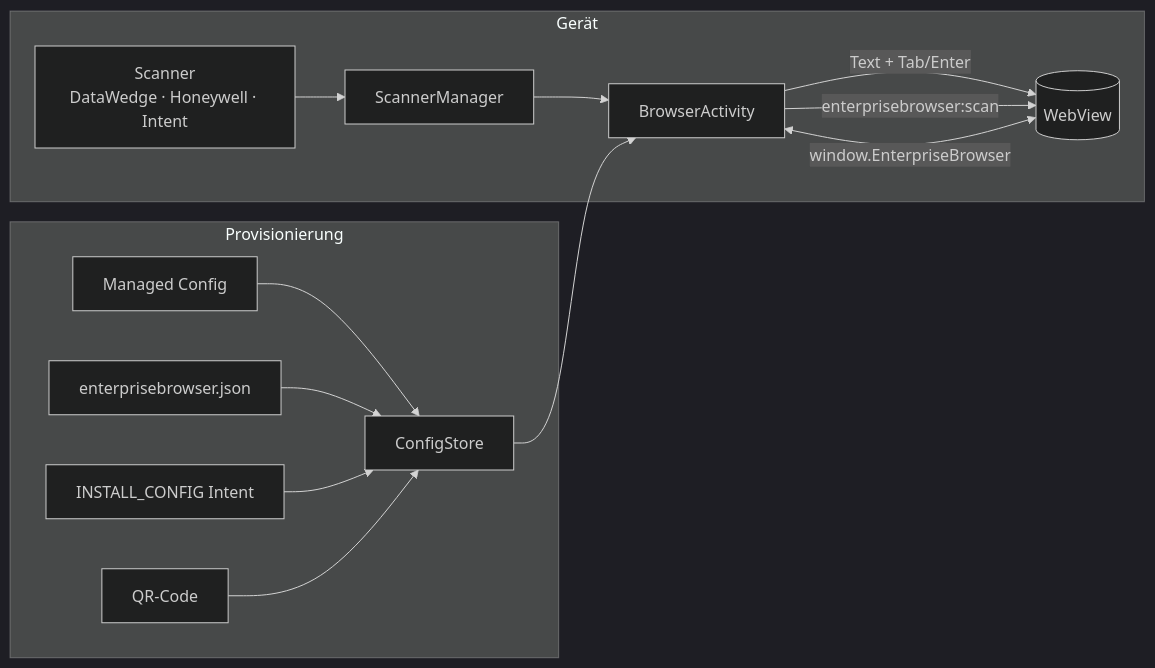
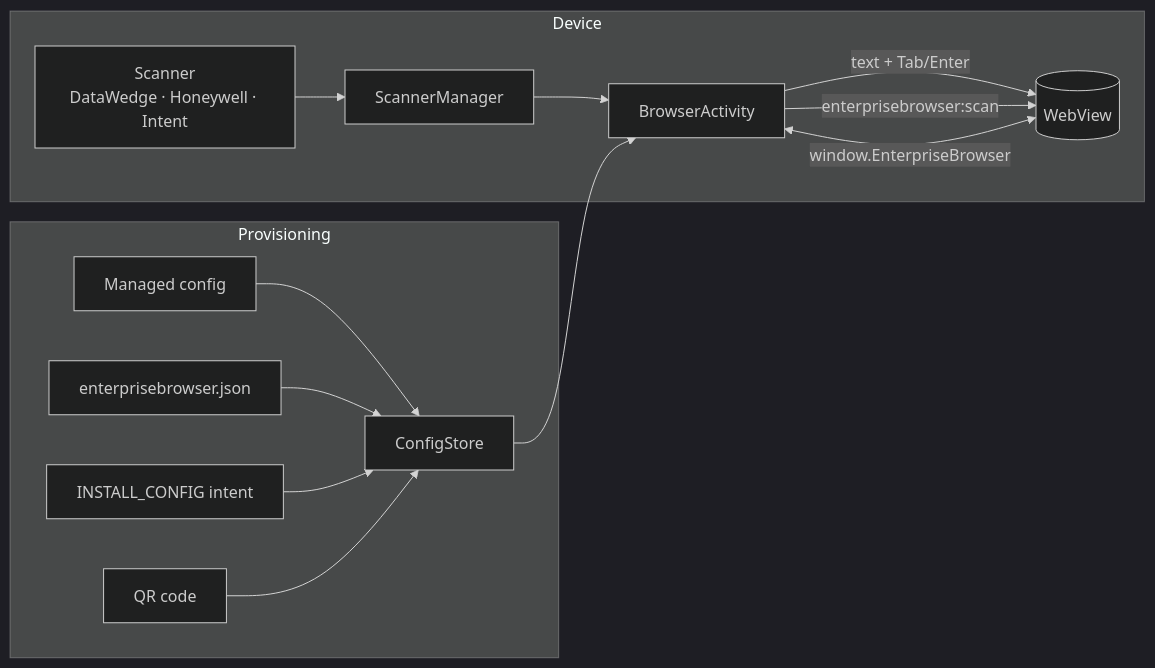
The diagram in README.md (ict-baden/industrialkioskbrowser), drawn with Mermaid (dark theme) before and after one commit. The commit also changed other lines of this file and 43 other files, not shown here.

````diff
--- a/README.md
+++ b/README.md
@@ -140,17 +139,17 @@
 ```mermaid
 flowchart LR
-  subgraph Gerät
+  subgraph Device
     S[Scanner<br>DataWedge · Honeywell · Intent] --> M[ScannerManager]
     M --> B[BrowserActivity]
-    B -->|Text + Tab/Enter| W[(WebView)]
+    B -->|text + Tab/Enter| W[(WebView)]
     B -->|enterprisebrowser:scan| W
     W <-->|window.EnterpriseBrowser| B
   end
-  subgraph Provisionierung
-    MC[Managed Config] --> C[ConfigStore]
+  subgraph Provisioning
+    MC[Managed config] --> C[ConfigStore]
     F[enterprisebrowser.json] --> C
-    I[INSTALL_CONFIG Intent] --> C
-    Q[QR-Code] --> C
+    I[INSTALL_CONFIG intent] --> C
+    Q[QR code] --> C
   end
   C --> B
 ```
````
